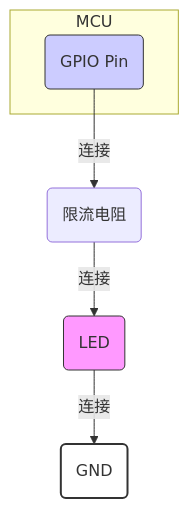
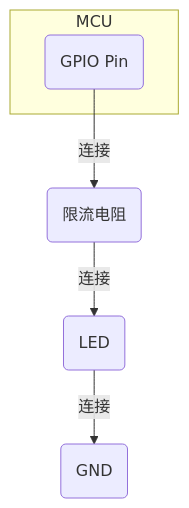
Before and after one commit to teatang/t-blog: the second of 2 diagrams in source/_posts/2024/2024-06-12_GPIO (General-Purpose Input Output) 引脚详解.md, drawn with Mermaid. The commit also changed other lines of this file and 24 other files, not shown here.

```diff
--- a/source/_posts/2024/2024-06-12_GPIO (General-Purpose Input Output) 引脚详解.md
+++ b/source/_posts/2024/2024-06-12_GPIO (General-Purpose Input Output) 引脚详解.md
@@ -110,14 +105,10 @@
 {% mermaid %}
 graph TD
     subgraph MCU
         GPIO_Pin(GPIO Pin)
     end
 
     GPIO_Pin -- 连接 --> R(限流电阻)
     R -- 连接 --> LED(LED)
     LED -- 连接 --> GND(GND)
-
-    style GPIO_Pin fill:#ccf,stroke:#333;
-    style LED fill:#f9f,stroke:#333;
-    style GND fill:#fff,stroke:#333,stroke-width:2px;
 {% endmermaid %}
```
